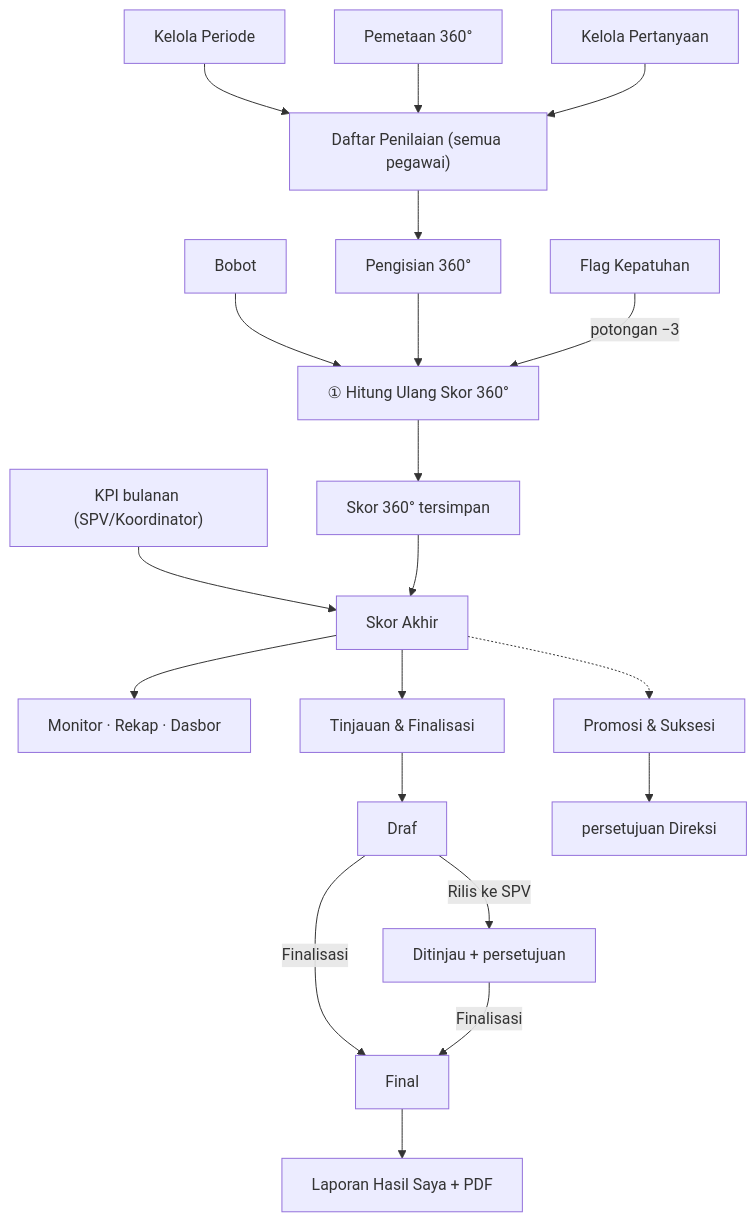
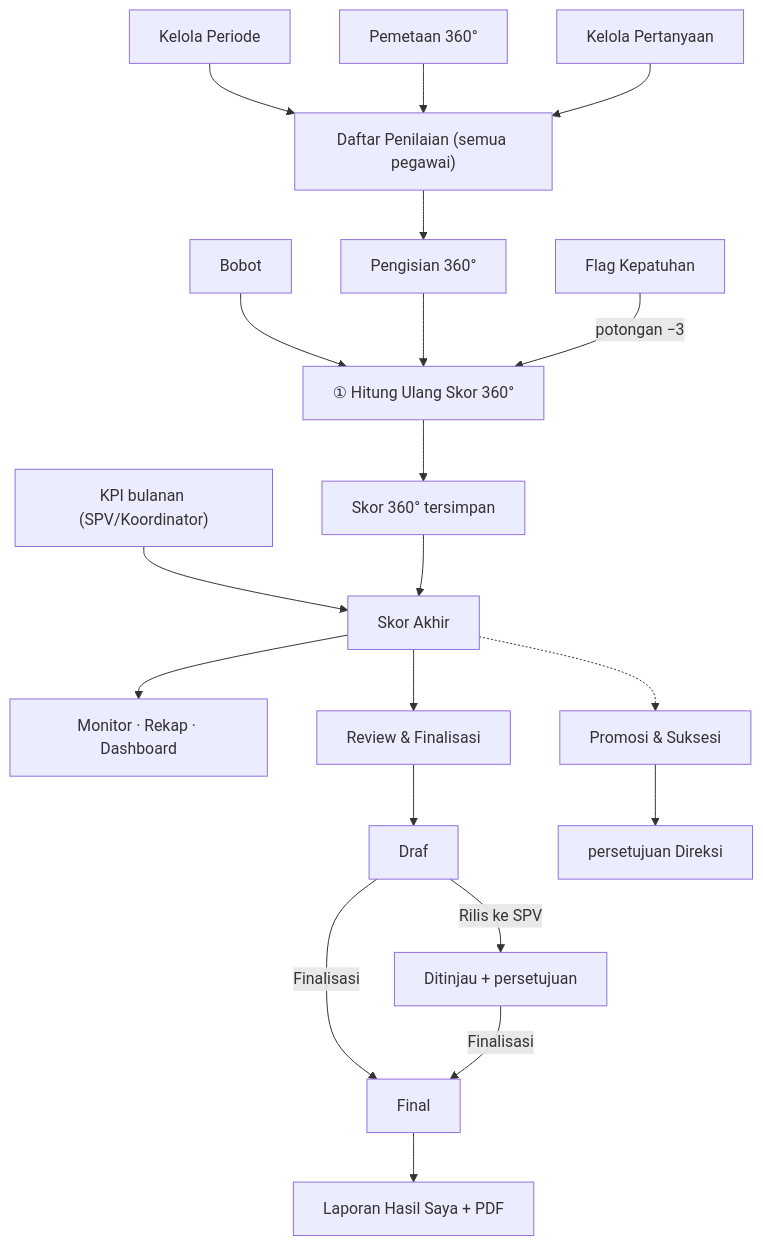
Before and after one commit to infarmcorp/infarm-360: the second of 5 diagrams in docs/PANDUAN.md, drawn with Mermaid. The commit also changed other lines of this file and 136 other files, not shown here.

````diff
--- a/docs/PANDUAN.md
+++ b/docs/PANDUAN.md
@@ -1091,20 +1091,20 @@
 ```mermaid
 flowchart TD
   PERIODE["Kelola Periode"] --> DAFTAR["Daftar Penilaian (semua pegawai)"]
   PEMETAAN["Pemetaan 360°"] --> DAFTAR
   PERTANYAAN["Kelola Pertanyaan"] --> DAFTAR
   DAFTAR --> ISI["Pengisian 360°"]
   BOBOT["Bobot"] --> HITUNG["① Hitung Ulang Skor 360°"]
   ISI --> HITUNG
   KEPATUHAN["Flag Kepatuhan"] -- "potongan −3" --> HITUNG
   HITUNG --> S360["Skor 360° tersimpan"]
   KPI["KPI bulanan (SPV/Koordinator)"] --> AKHIR["Skor Akhir"]
   S360 --> AKHIR
-  AKHIR --> ANALITIK["Monitor · Rekap · Dasbor"]
-  AKHIR --> REVIEW["Tinjauan & Finalisasi"]
+  AKHIR --> ANALITIK["Monitor · Rekap · Dashboard"]
+  AKHIR --> REVIEW["Review & Finalisasi"]
   REVIEW --> DR["Draf"] -->|"Rilis ke SPV"| IR["Ditinjau + persetujuan"]
   DR -->|"Finalisasi"| FIN["Final"]
   IR -->|"Finalisasi"| FIN
   FIN --> LAPOR["Laporan Hasil Saya + PDF"]
   AKHIR -.-> SUKSESI["Promosi & Suksesi"] --> ACCD["persetujuan Direksi"]
 ```
````
